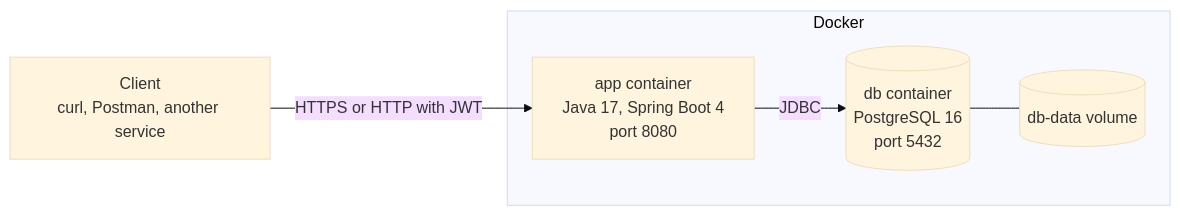
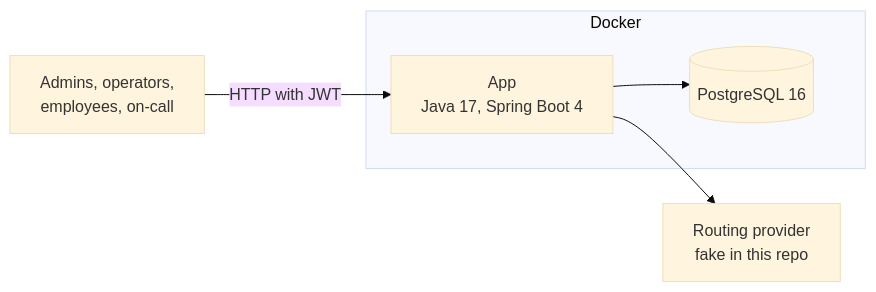
One commit to Kxvya18/gps-distance-engine changed the first of 13 diagrams in docs/DESIGN.md. Above: the diagram before and after it, drawn with Mermaid (base theme). The commit also changed other lines of this file and 1 other file, not shown here.

Commit message:
Remove tick marks from the test catalogue and shrink the two largest design diagrams

````diff
--- a/docs/DESIGN.md
+++ b/docs/DESIGN.md
@@ -65,12 +45,13 @@
 ```mermaid
 flowchart LR
-    Client["Client<br/>curl, Postman, another service"]
+    Users["Admins, operators,<br/>employees, on-call"]
     subgraph Docker
-        App["app container<br/>Java 17, Spring Boot 4<br/>port 8080"]
-        DB[("db container<br/>PostgreSQL 16<br/>port 5432")]
-        Volume[("db-data volume")]
+        App["App<br/>Java 17, Spring Boot 4"]
+        DB[("PostgreSQL 16")]
     end
-    Client -- "HTTPS or HTTP with JWT" --> App
-    App -- "JDBC" --> DB
-    DB --- Volume
+    Provider["Routing provider<br/>fake in this repo"]
+
+    Users -- "HTTP with JWT" --> App
+    App --> DB
+    App --> Provider
 ```
````
